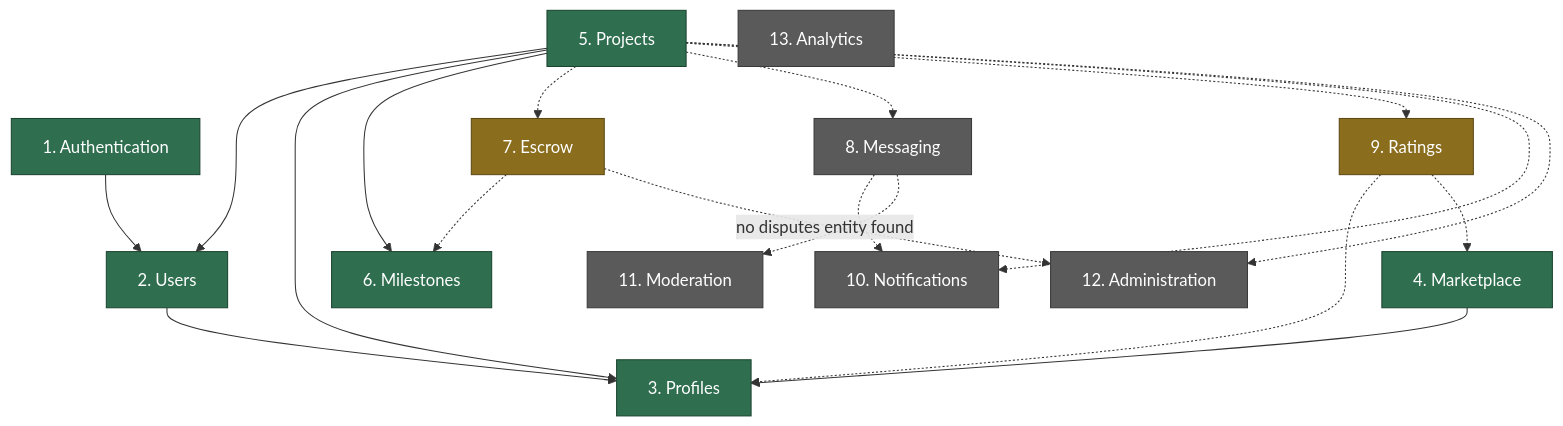
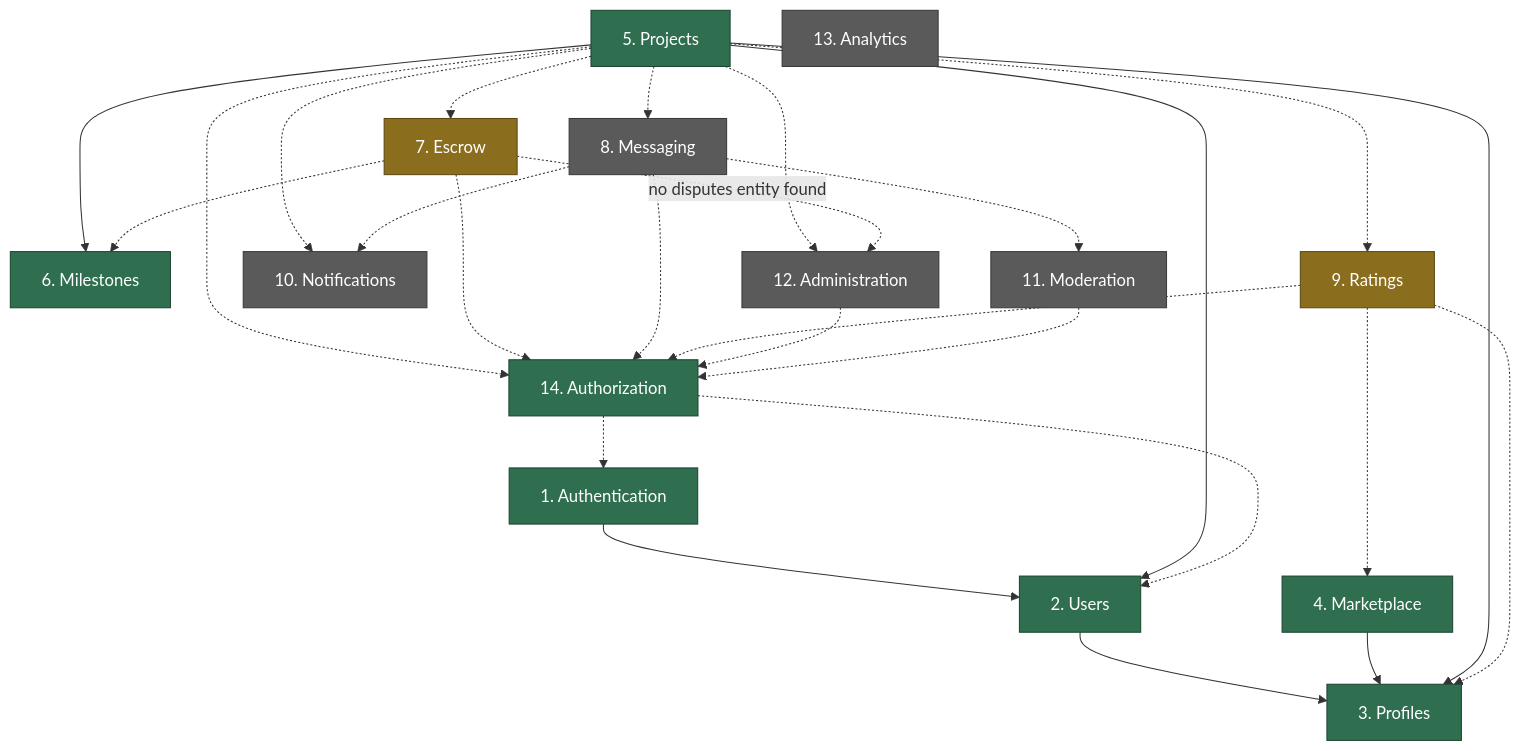
One commit to xela-ash/Music_app changed the second of 8 diagrams in docs/01-foundation/system-architecture.md. Above: the diagram before and after it, drawn with Mermaid. The commit also changed other lines of this file and 3 other files, not shown here.

Commit message:
docs: define authorization architecture and align domain model

````diff
--- a/docs/01-foundation/system-architecture.md
+++ b/docs/01-foundation/system-architecture.md
@@ -138,38 +140,47 @@
 ```mermaid
 flowchart TB
     classDef implemented fill:#2f6f4f,stroke:#1c4530,color:#ffffff
     classDef schemaOnly fill:#8a6d1d,stroke:#5c4913,color:#ffffff
     classDef planned fill:#5a5a5a,stroke:#3a3a3a,color:#ffffff
 
     AUTH["1. Authentication"]:::implemented
     USERS["2. Users"]:::implemented
     PROFILES["3. Profiles"]:::implemented
     MARKET["4. Marketplace"]:::implemented
     PROJECTS["5. Projects"]:::implemented
     MILESTONES["6. Milestones"]:::implemented
     ESCROW["7. Escrow"]:::schemaOnly
     MSG["8. Messaging"]:::planned
     RATINGS["9. Ratings"]:::schemaOnly
     NOTIF["10. Notifications"]:::planned
     MOD["11. Moderation"]:::planned
     ADMIN["12. Administration"]:::planned
     ANALYTICS["13. Analytics"]:::planned
+    AUTHZ["14. Authorization"]:::implemented
 
     AUTH --> USERS
     USERS --> PROFILES
     MARKET --> PROFILES
     PROJECTS --> USERS
     PROJECTS --> PROFILES
     PROJECTS --> MILESTONES
     PROJECTS -.-> ESCROW
     PROJECTS -.-> MSG
     PROJECTS -.-> RATINGS
     PROJECTS -.-> NOTIF
     PROJECTS -.-> ADMIN
     ESCROW -.-> MILESTONES
     ESCROW -.->|no disputes entity found| ADMIN
     MSG -.-> NOTIF
     MSG -.-> MOD
     RATINGS -.-> PROFILES
     RATINGS -.-> MARKET
+    AUTHZ -.-> AUTH
+    AUTHZ -.-> USERS
+    PROJECTS -.-> AUTHZ
+    ESCROW -.-> AUTHZ
+    MSG -.-> AUTHZ
+    RATINGS -.-> AUTHZ
+    ADMIN -.-> AUTHZ
+    MOD -.-> AUTHZ
 ```
````
